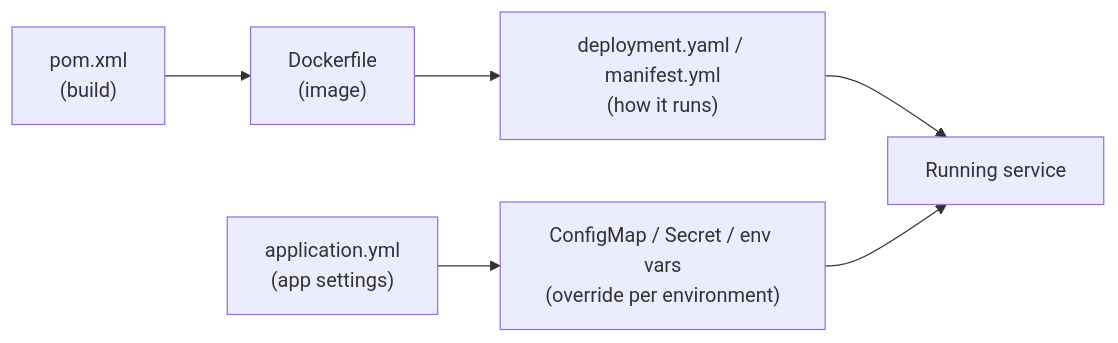
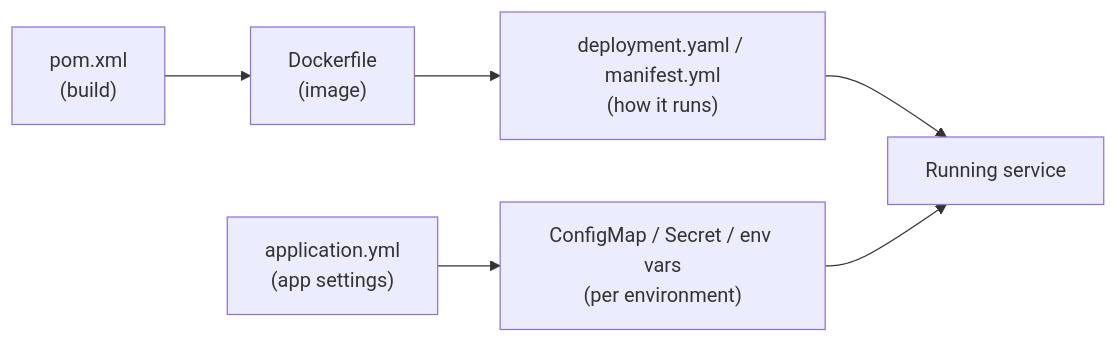
The diagram in interview/under-the-hood/16-Config-Files-in-Microservices.md (sathsure/Tech-Mastery-Hub), drawn with Mermaid before and after one commit. The commit also changed other lines of this file and 69 other files, not shown here.

````diff
--- a/interview/under-the-hood/16-Config-Files-in-Microservices.md
+++ b/interview/under-the-hood/16-Config-Files-in-Microservices.md
@@ -133,8 +185,8 @@
 ```mermaid
 flowchart LR
   A["pom.xml<br/>(build)"] --> B["Dockerfile<br/>(image)"]
   B --> C["deployment.yaml / manifest.yml<br/>(how it runs)"]
-  D["application.yml<br/>(app settings)"] --> E["ConfigMap / Secret / env vars<br/>(override per environment)"]
+  D["application.yml<br/>(app settings)"] --> E["ConfigMap / Secret / env vars<br/>(per environment)"]
   C --> F["Running service"]
   E --> F
 ```
````
